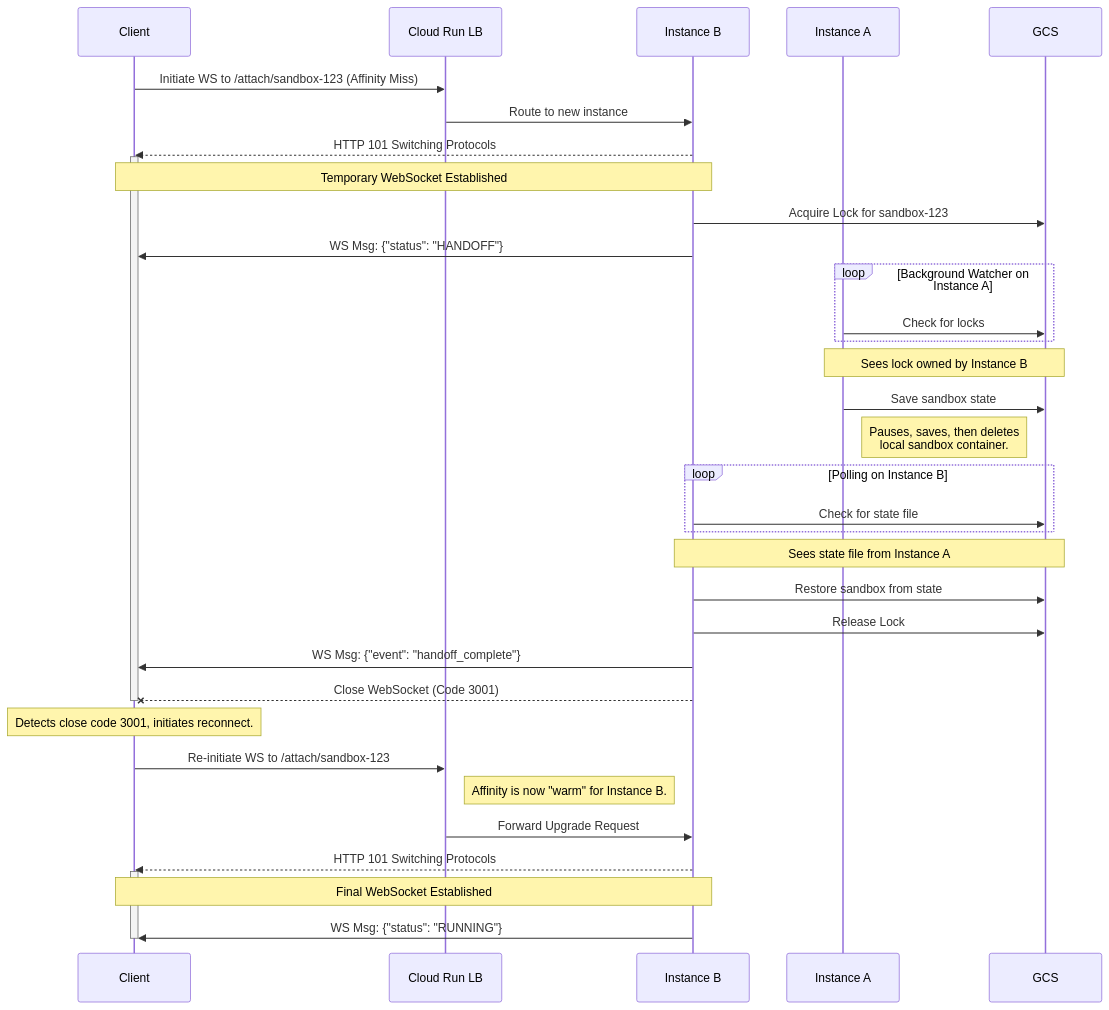
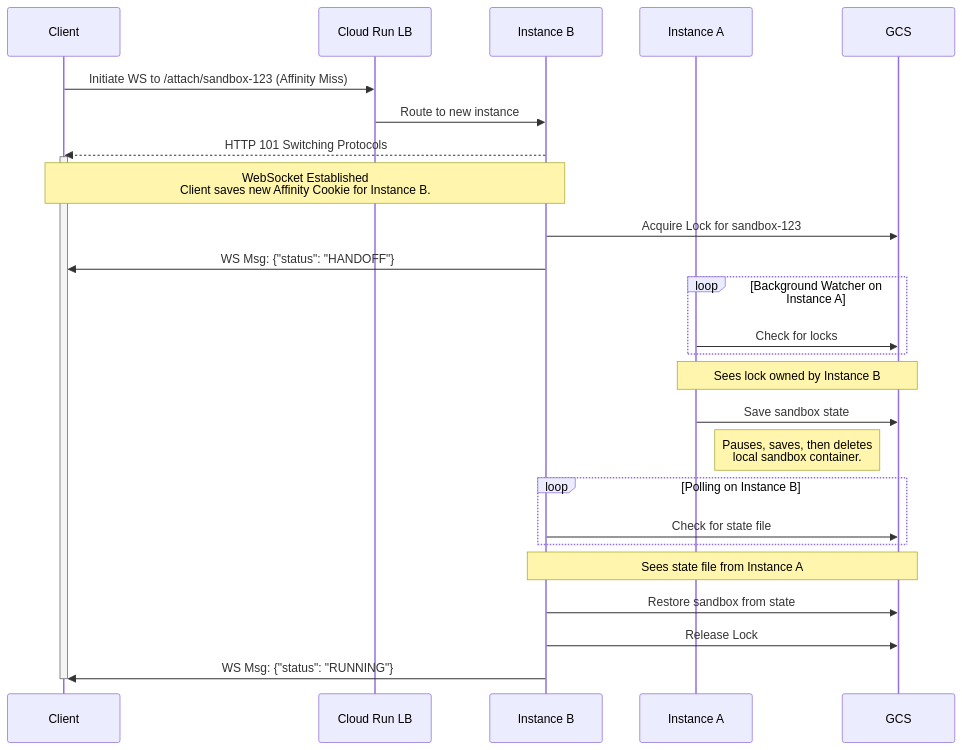
Before and after one commit to wlhee/cloud-run-sandbox: the third of 3 diagrams in lifecycle.md, drawn with Mermaid. The commit also changed other lines of this file, not shown here.

First line of the commit message:
docs: Refine handoff protocol to use keep-alive connection

````diff
--- a/lifecycle.md
+++ b/lifecycle.md
@@ -141,47 +138,35 @@
 ```mermaid
 sequenceDiagram
     participant Client
     participant Cloud Run LB
     participant Instance B
     participant Instance A
     participant GCS
 
     Client->>Cloud Run LB: Initiate WS to /attach/sandbox-123 (Affinity Miss)
     Cloud Run LB->>Instance B: Route to new instance
     Instance B-->>Client: HTTP 101 Switching Protocols
     activate Client
-    Note over Client, Instance B: Temporary WebSocket Established
+    Note over Client, Instance B: WebSocket Established<br/>Client saves new Affinity Cookie for Instance B.
     Instance B->>GCS: Acquire Lock for sandbox-123
     Instance B->>Client: WS Msg: {"status": "HANDOFF"}
 
     loop Background Watcher on Instance A
         Instance A->>GCS: Check for locks
     end
     Note over Instance A, GCS: Sees lock owned by Instance B
 
     Instance A->>GCS: Save sandbox state
     Note right of Instance A: Pauses, saves, then deletes<br/>local sandbox container.
 
     loop Polling on Instance B
         Instance B->>GCS: Check for state file
     end
     Note over Instance B, GCS: Sees state file from Instance A
 
     Instance B->>GCS: Restore sandbox from state
     Instance B->>GCS: Release Lock
 
-    Instance B->>Client: WS Msg: {"event": "handoff_complete"}
-    Instance B--xClient: Close WebSocket (Code 3001)
-    deactivate Client
-
-    Note over Client: Detects close code 3001, initiates reconnect.
-
-    Client->>Cloud Run LB: Re-initiate WS to /attach/sandbox-123
-    Note right of Cloud Run LB: Affinity is now "warm" for Instance B.
-    Cloud Run LB->>Instance B: Forward Upgrade Request
-    Instance B-->>Client: HTTP 101 Switching Protocols
-    activate Client
-    Note over Client, Instance B: Final WebSocket Established
     Instance B->>Client: WS Msg: {"status": "RUNNING"}
     deactivate Client
 ```
````
